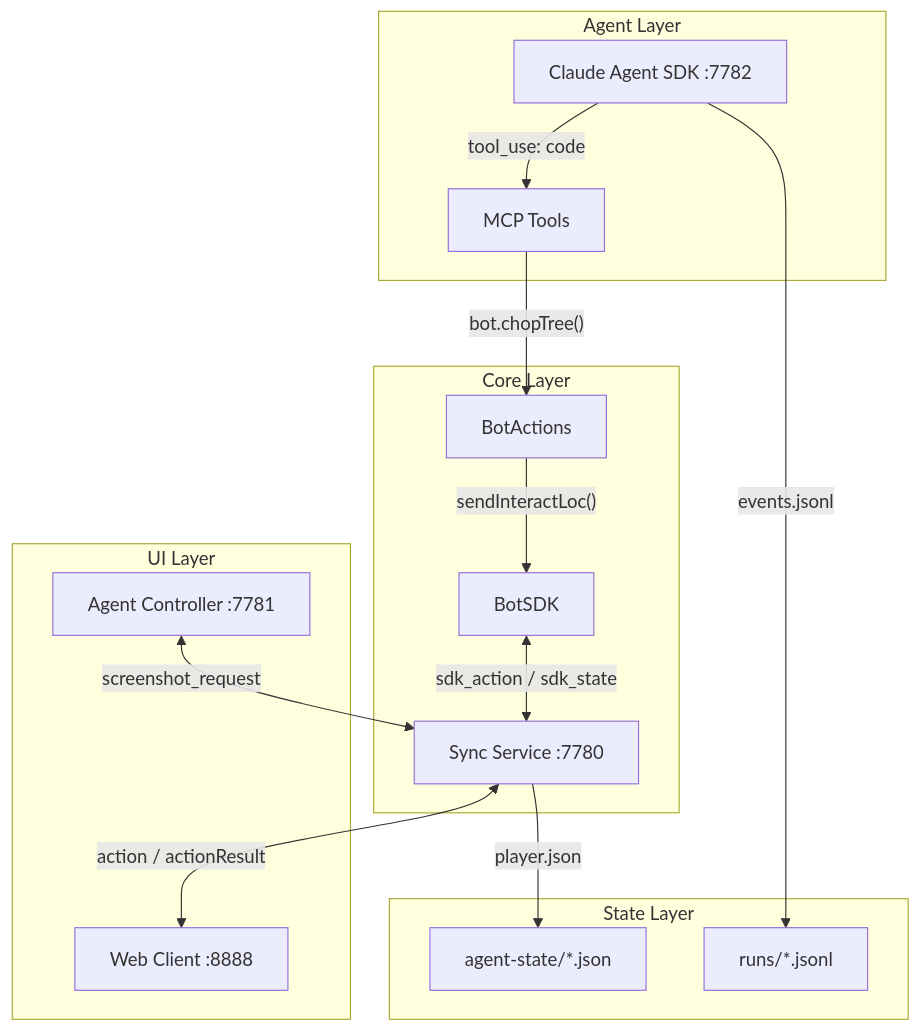
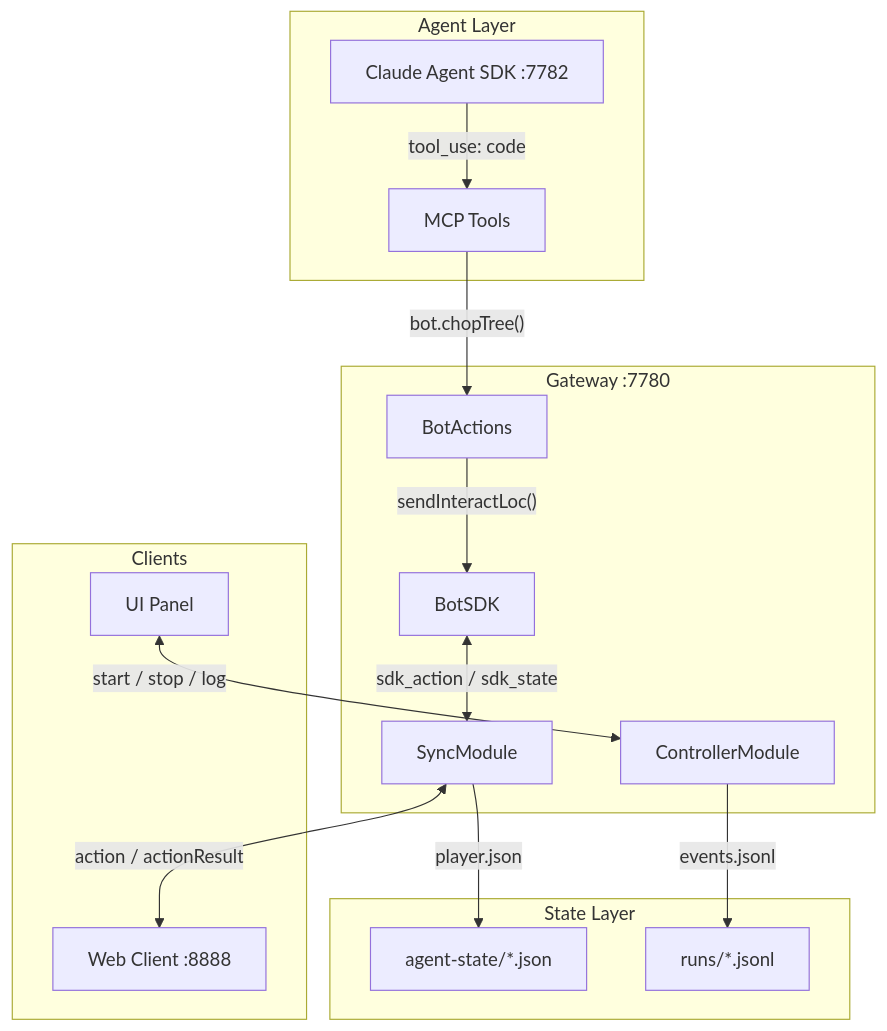
Before and after one commit to AuburyEssentian/rs-sdk: the first of 5 diagrams in system-architecture.md, drawn with Mermaid. The commit also changed other lines of this file and 13 other files, not shown here.

````diff
--- a/system-architecture.md
+++ b/system-architecture.md
@@ -7,32 +7,33 @@
 ```mermaid
 flowchart TB
-    subgraph UI["UI Layer"]
-        Controller["Agent Controller :7781"]
+    subgraph Clients["Clients"]
         WebClient["Web Client :8888"]
+        UI["UI Panel"]
     end
 
     subgraph Agent["Agent Layer"]
         Claude["Claude Agent SDK :7782"]
         MCP["MCP Tools"]
     end
 
-    subgraph Core["Core Layer"]
-        Sync["Sync Service :7780"]
+    subgraph Core["Gateway :7780"]
+        SyncMod["SyncModule"]
+        CtrlMod["ControllerModule"]
         Porcelain["BotActions"]
         SDK["BotSDK"]
     end
 
     subgraph State["State Layer"]
         Files["agent-state/*.json"]
         Runs["runs/*.jsonl"]
     end
 
-    Controller <-->|"screenshot_request"| Sync
+    UI <-->|"start / stop / log"| CtrlMod
     Claude -->|"tool_use: code"| MCP
     MCP -->|"bot.chopTree()"| Porcelain
     Porcelain -->|"sendInteractLoc()"| SDK
-    SDK <-->|"sdk_action / sdk_state"| Sync
-    Sync <-->|"action / actionResult"| WebClient
-    Sync -->|"player.json"| Files
-    Claude -->|"events.jsonl"| Runs
+    SDK <-->|"sdk_action / sdk_state"| SyncMod
+    SyncMod <-->|"action / actionResult"| WebClient
+    CtrlMod -->|"events.jsonl"| Runs
+    SyncMod -->|"player.json"| Files
 ```
````
